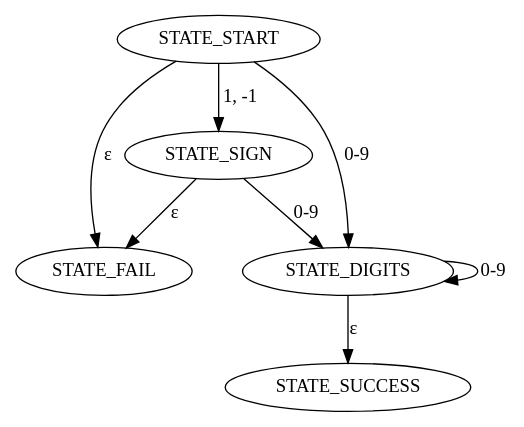
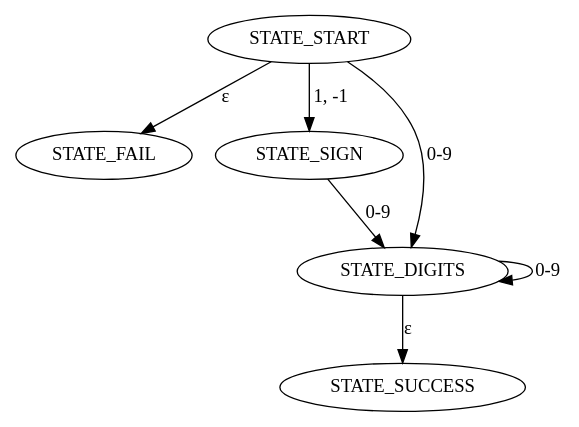
One commit to acoaquiraticona/SSLALE23 changed the diagram in 02-Sumadores/ConstanteDecimalC23.gv. Above: the diagram before and after it, drawn with Graphviz. The commit also changed 1 other file, not shown here.

```diff
--- a/02-Sumadores/ConstanteDecimalC23.gv
+++ b/02-Sumadores/ConstanteDecimalC23.gv
@@ -1,13 +1,12 @@
 digraph G {
     STATE_START -> STATE_FAIL [label="ε"];
     STATE_START -> STATE_SIGN [label = "1, -1"];
     STATE_START -> STATE_DIGITS [label = "0-9"];
     
     STATE_SIGN -> STATE_DIGITS [label = "0-9"];
-    STATE_SIGN -> STATE_FAIL [label = "ε"];
 
     STATE_DIGITS -> STATE_DIGITS [label = "0-9"];
     STATE_DIGITS -> STATE_SUCCESS [label = "ε"];
     
 
 }
```
